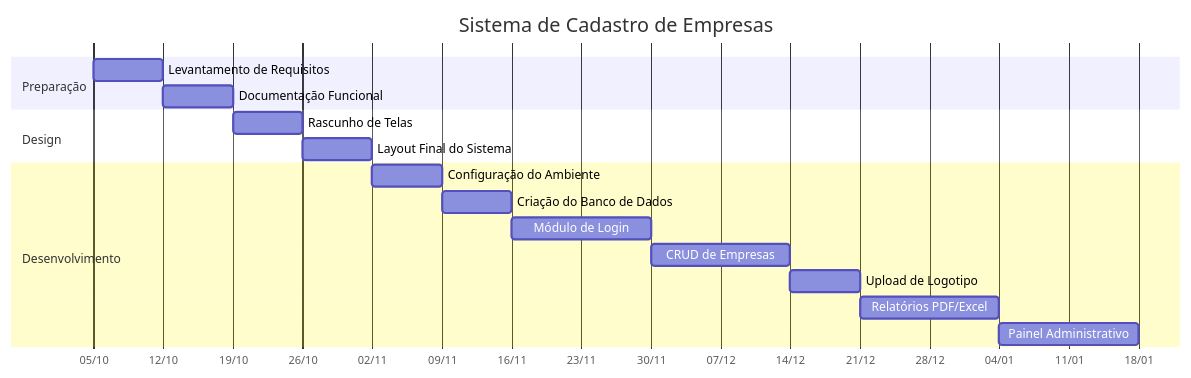
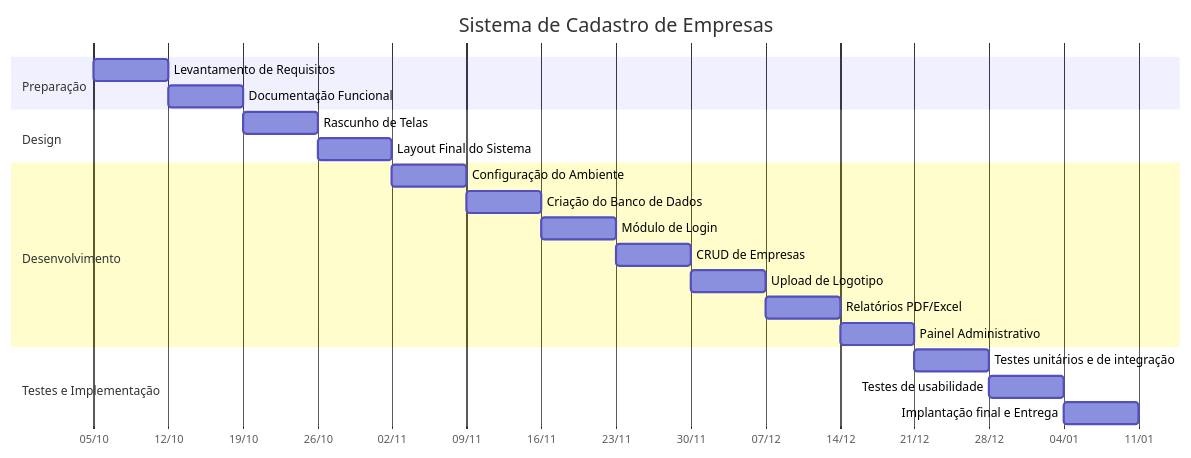
One commit to LucasBParada/modelos-gantt-crystal changed the diagram in README.md. Above: the diagram before and after it, drawn with Mermaid.

````diff
--- a/README.md
+++ b/README.md
@@ -1,23 +1,29 @@
 ```mermaid
     gantt
     title Sistema de Cadastro de Empresas
     dateFormat  YYYY-MM-DD
     axisFormat  %d/%m
 
     section Preparação
     Levantamento de Requisitos       :a1, 2025-10-05, 7d
     Documentação Funcional           :a2, after a1, 7d
 
     section Design
     Rascunho de Telas                :a3, after a2, 7d
     Layout Final do Sistema          :a4, after a3, 7d
 
     section Desenvolvimento
     Configuração do Ambiente         :a5, after a4, 7d
     Criação do Banco de Dados        :a6, after a5, 7d
-    Módulo de Login                  :a7, after a6, 14d
-    CRUD de Empresas                 :a8, after a7, 14d
+    Módulo de Login                  :a7, after a6, 7d
+    CRUD de Empresas                 :a8, after a7, 7d
     Upload de Logotipo               :a9, after a8, 7d
-    Relatórios PDF/Excel             :a10, after a9, 14d
-    Painel Administrativo            :a11, after a10, 14d
+    Relatórios PDF/Excel             :a10, after a9, 7d
+    Painel Administrativo            :a11, after a10, 7d
+
+    section Testes e Implementação
+    Testes unitários e de integração     :a12, after a11, 7d 
+    Testes de usabilidade                :a13, after a12, 7d
+    Implantação final e Entrega          :a14, after a13, 7d 
+
 ```
````
